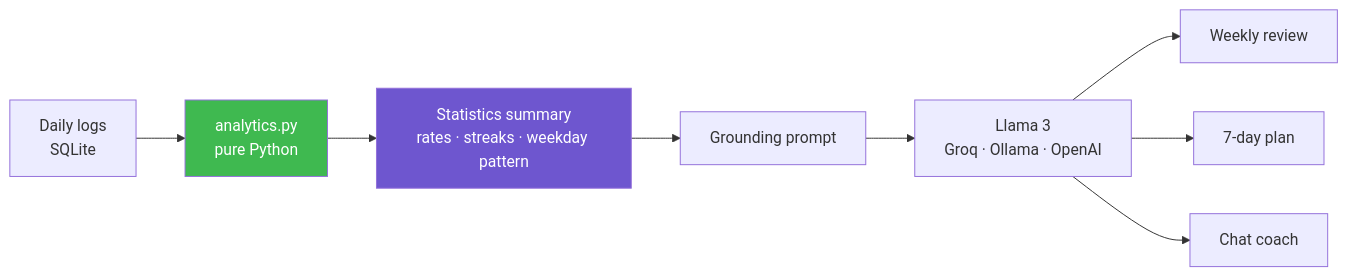
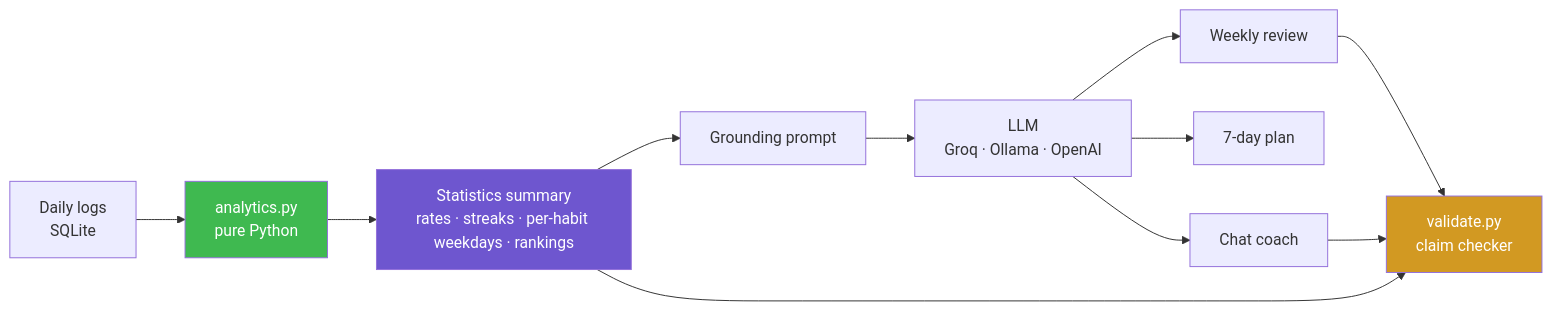
The diagram in README.md (MohanVishe/ai-habit-tracker), drawn with Mermaid before and after one commit. The commit also changed other lines of this file and 3 other files, not shown here.

````diff
--- a/README.md
+++ b/README.md
@@ -30,13 +30,17 @@
 ```mermaid
 flowchart LR
     A["Daily logs<br/>SQLite"] --> B["analytics.py<br/>pure Python"]
-    B --> C["Statistics summary<br/>rates · streaks · weekday pattern"]
+    B --> C["Statistics summary<br/>rates · streaks · per-habit weekdays · rankings"]
     C --> D["Grounding prompt"]
-    D --> E["Llama 3<br/>Groq · Ollama · OpenAI"]
+    D --> E["LLM<br/>Groq · Ollama · OpenAI"]
     E --> F["Weekly review"]
     E --> G["7-day plan"]
     E --> H["Chat coach"]
+    F --> V["validate.py<br/>claim checker"]
+    H --> V
+    C --> V
 
     style B fill:#3fb950,color:#fff
     style C fill:#6E56CF,color:#fff
+    style V fill:#d29922,color:#fff
 ```
````
